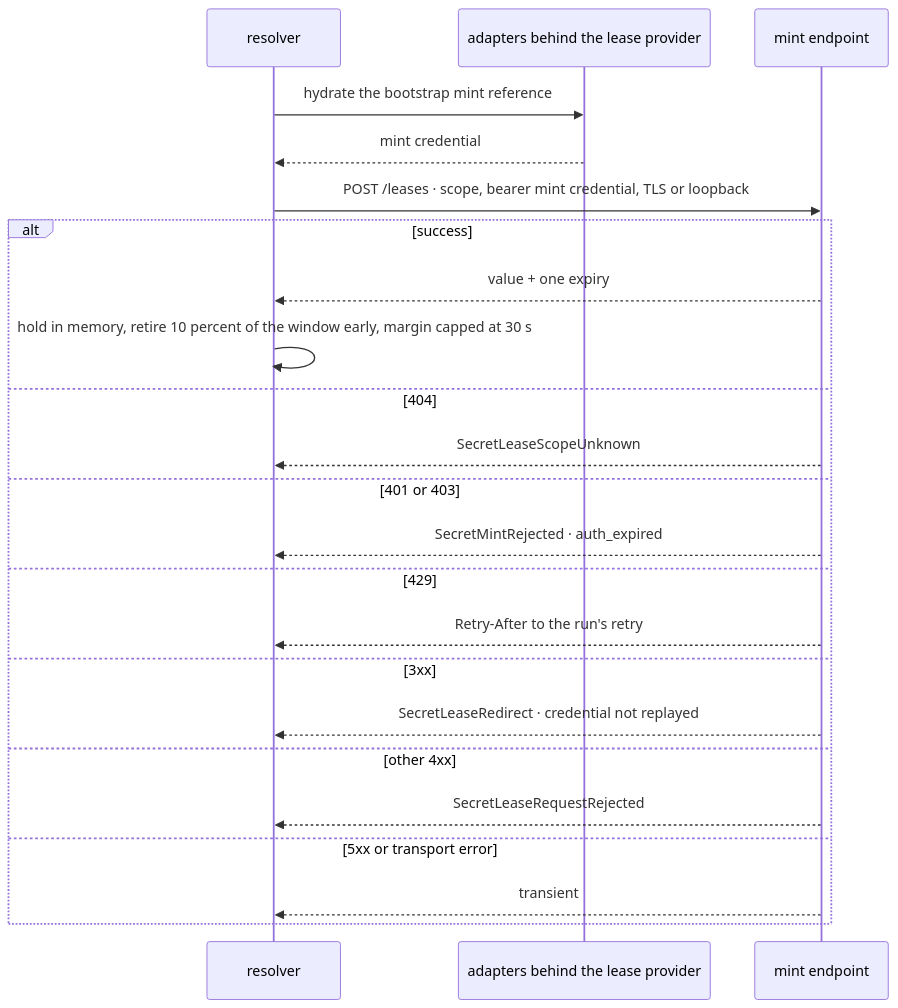
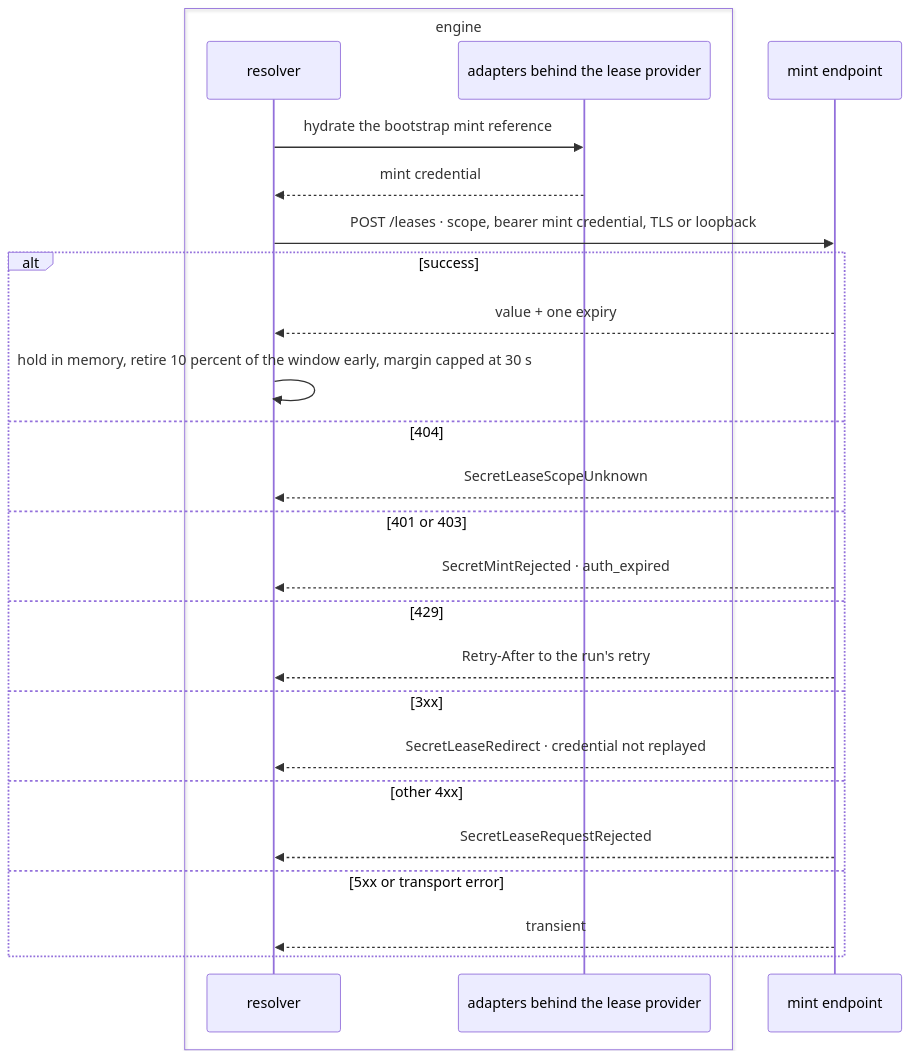
Before and after one commit to fractalboxdev/contextful: the third of 3 diagrams in spec/41-secrets.md, drawn with Mermaid. The commit also changed other lines of this file and 33 other files, not shown here.

Commit message:
spec: diagrams draw contracts, parties and trust zones as containers; a node standing for one is refused

````diff
--- a/spec/41-secrets.md
+++ b/spec/41-secrets.md
@@ -144,25 +161,27 @@
 ```mermaid
 sequenceDiagram
-  participant R as resolver
-  participant B as adapters behind the lease provider
+  box engine
+    participant R as resolver
+    participant B as adapters behind the lease provider
+  end
   participant P as mint endpoint
   R->>B: hydrate the bootstrap mint reference
   B-->>R: mint credential
   R->>P: POST /leases · scope, bearer mint credential, TLS or loopback
   alt success
     P-->>R: value + one expiry
     R->>R: hold in memory, retire 10 percent of the window early, margin capped at 30 s
   else 404
     P-->>R: SecretLeaseScopeUnknown
   else 401 or 403
     P-->>R: SecretMintRejected · auth_expired
   else 429
     P-->>R: Retry-After to the run's retry
   else 3xx
     P-->>R: SecretLeaseRedirect · credential not replayed
   else other 4xx
     P-->>R: SecretLeaseRequestRejected
   else 5xx or transport error
     P-->>R: transient
   end
 ```
````
